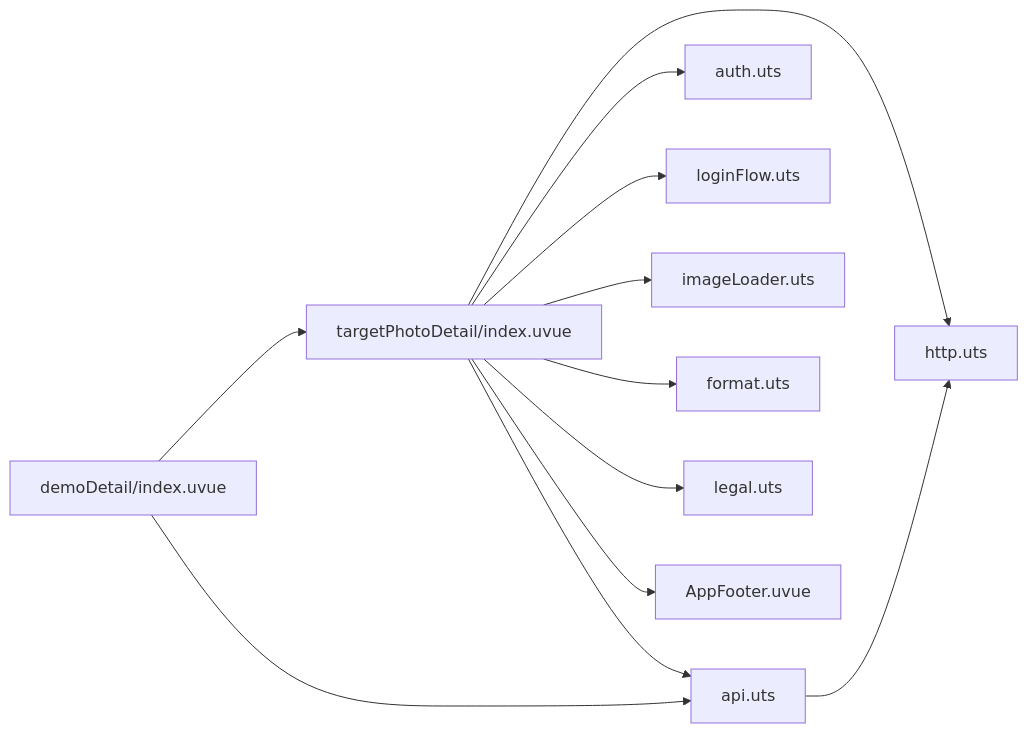
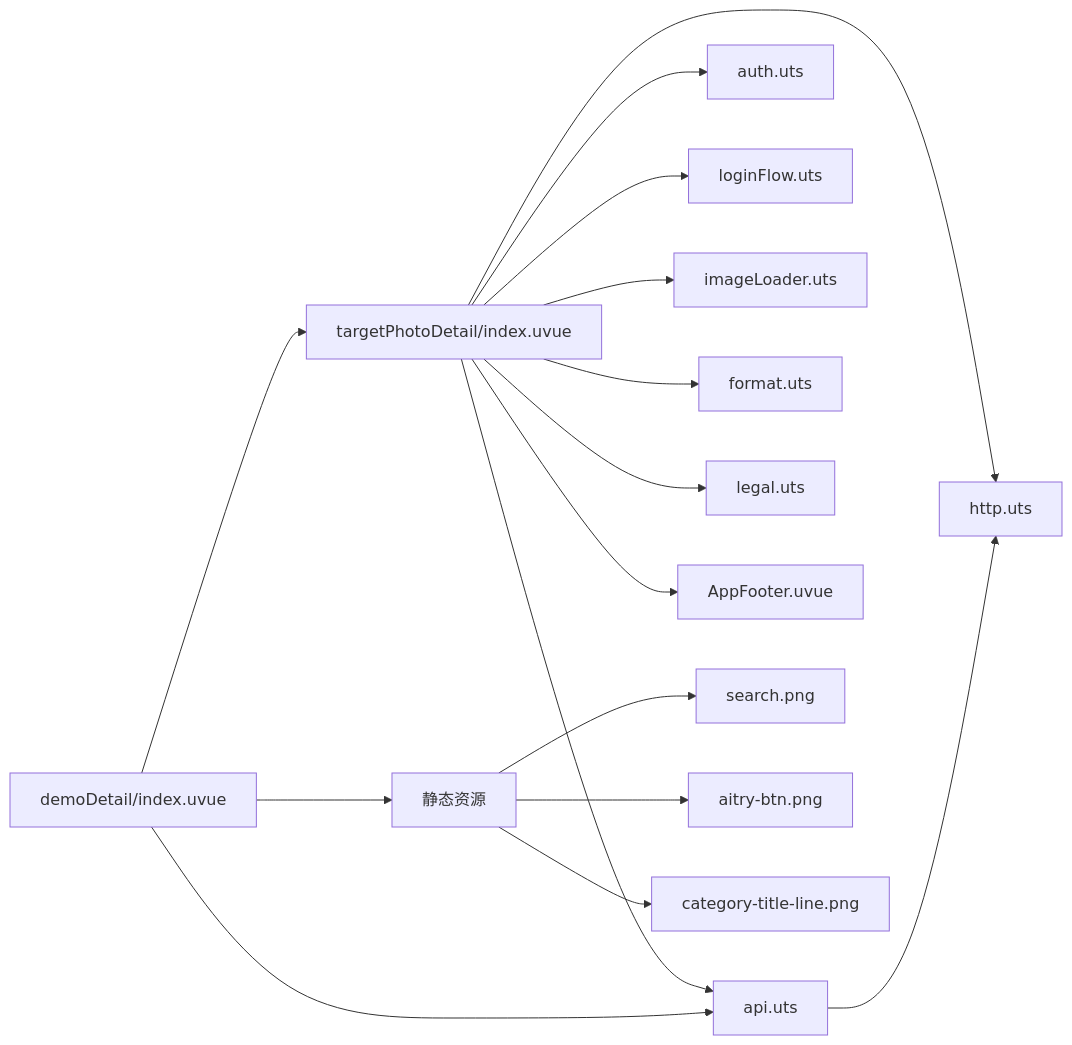
The sixth of 6 diagrams in .qoder/repowiki/zh/content/核心功能模块/客片管理系统/客片详情页面.md (crazyma99/blueberry), drawn with Mermaid before and after one commit. The commit also changed other lines of this file and 24 other files, not shown here.

````diff
--- a/.qoder/repowiki/zh/content/核心功能模块/客片管理系统/客片详情页面.md
+++ b/.qoder/repowiki/zh/content/核心功能模块/客片管理系统/客片详情页面.md
@@ -426,14 +439,18 @@
 ```mermaid
 graph LR
 Detail["targetPhotoDetail/index.uvue"] --> API["api.uts"]
 Detail --> HTTP["http.uts"]
 Detail --> AUTH["auth.uts"]
 Detail --> LOGIN["loginFlow.uts"]
 Detail --> IMG["imageLoader.uts"]
 Detail --> FORMAT["format.uts"]
 Detail --> LEGAL["legal.uts"]
 Detail --> FOOTER["AppFooter.uvue"]
 DemoDetail["demoDetail/index.uvue"] --> Detail
 DemoDetail --> API
+DemoDetail --> StaticAssets["静态资源"]
 API --> HTTP
+StaticAssets --> SearchIcon["search.png"]
+StaticAssets --> TryonBtn["aitry-btn.png"]
+StaticAssets --> CategoryLine["category-title-line.png"]
 ```
````
